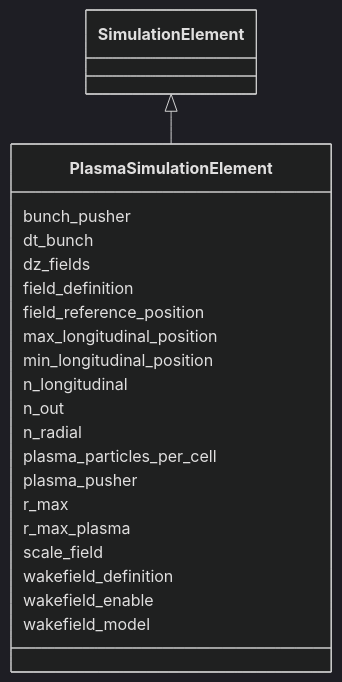
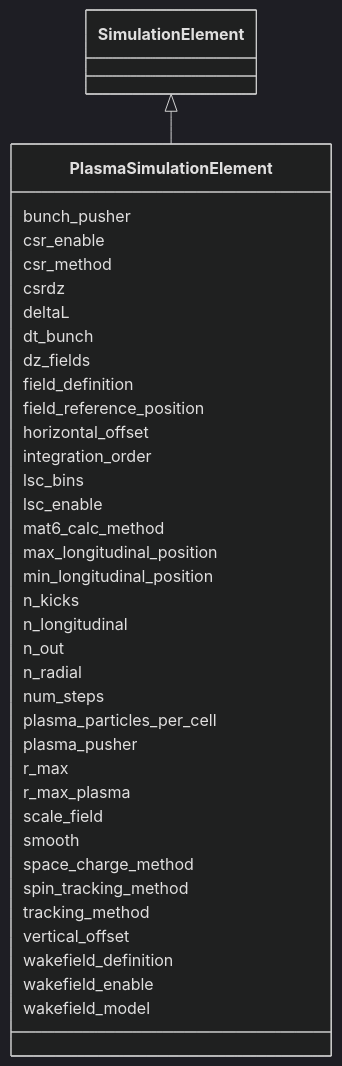
Before and after one commit to astec-stfc/laura: the diagram in docs/source/schema/PlasmaSimulationElement.md, drawn with Mermaid (dark theme). The commit also changed other lines of this file and 63 other files, not shown here.

Commit message:
updatedn schema to consolidate SimulationElement parameters that were shared among subclasses; implemented tracking methods for bmad

````diff
--- a/docs/source/schema/PlasmaSimulationElement.md
+++ b/docs/source/schema/PlasmaSimulationElement.md
@@ -18,45 +18,77 @@
 ```mermaid
  classDiagram
     class PlasmaSimulationElement
     click PlasmaSimulationElement href "../PlasmaSimulationElement/"
       SimulationElement <|-- PlasmaSimulationElement
         click SimulationElement href "../SimulationElement/"
-      
+
       PlasmaSimulationElement : bunch_pusher
-        
+
+      PlasmaSimulationElement : csr_enable
+
+      PlasmaSimulationElement : csr_method
+
+      PlasmaSimulationElement : csrdz
+
+      PlasmaSimulationElement : deltaL
+
       PlasmaSimulationElement : dt_bunch
-        
+
       PlasmaSimulationElement : dz_fields
-        
+
       PlasmaSimulationElement : field_definition
-        
+
       PlasmaSimulationElement : field_reference_position
-        
+
+      PlasmaSimulationElement : horizontal_offset
+
+      PlasmaSimulationElement : integration_order
+
+      PlasmaSimulationElement : lsc_bins
+
+      PlasmaSimulationElement : lsc_enable
+
+      PlasmaSimulationElement : mat6_calc_method
+
       PlasmaSimulationElement : max_longitudinal_position
-        
+
       PlasmaSimulationElement : min_longitudinal_position
-        
+
+      PlasmaSimulationElement : n_kicks
+
       PlasmaSimulationElement : n_longitudinal
-        
+
       PlasmaSimulationElement : n_out
-        
+
       PlasmaSimulationElement : n_radial
-        
+
+      PlasmaSimulationElement : num_steps
+
       PlasmaSimulationElement : plasma_particles_per_cell
-        
+
       PlasmaSimulationElement : plasma_pusher
-        
+
       PlasmaSimulationElement : r_max
-        
+
       PlasmaSimulationElement : r_max_plasma
-        
+
       PlasmaSimulationElement : scale_field
-        
+
+      PlasmaSimulationElement : smooth
+
+      PlasmaSimulationElement : space_charge_method
+
+      PlasmaSimulationElement : spin_tracking_method
+
+      PlasmaSimulationElement : tracking_method
+
+      PlasmaSimulationElement : vertical_offset
+
       PlasmaSimulationElement : wakefield_definition
-        
+
       PlasmaSimulationElement : wakefield_enable
-        
+
       PlasmaSimulationElement : wakefield_model
-        
-      
+
+
 ```
````
